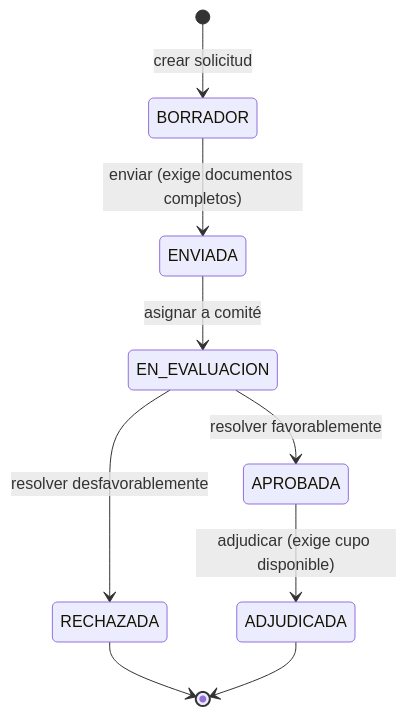
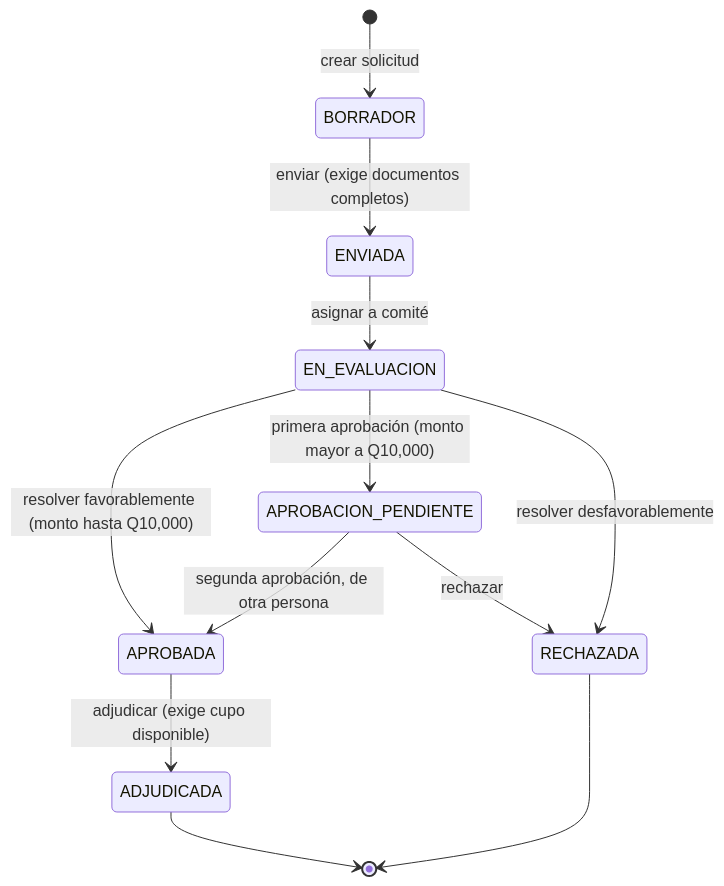
One commit to Isacasvas123/proyecto-becas changed the third of 5 diagrams in docs/diagramas/03-clases-dominio.md. Above: the diagram before and after it, drawn with Mermaid. The commit also changed other lines of this file and 6 other files, not shown here.

Commit message:
docs: actualizar el diagrama de clases con avisos, bitacora, recuperacion y segunda aprobacion

````diff
--- a/docs/diagramas/03-clases-dominio.md
+++ b/docs/diagramas/03-clases-dominio.md
@@ -221,11 +270,14 @@
 ```mermaid
 stateDiagram-v2
     [*] --> BORRADOR : crear solicitud
     BORRADOR --> ENVIADA : enviar (exige documentos completos)
     ENVIADA --> EN_EVALUACION : asignar a comité
-    EN_EVALUACION --> APROBADA : resolver favorablemente
+    EN_EVALUACION --> APROBADA : resolver favorablemente (monto hasta Q10,000)
+    EN_EVALUACION --> APROBACION_PENDIENTE : primera aprobación (monto mayor a Q10,000)
+    APROBACION_PENDIENTE --> APROBADA : segunda aprobación, de otra persona
+    APROBACION_PENDIENTE --> RECHAZADA : rechazar
     EN_EVALUACION --> RECHAZADA : resolver desfavorablemente
     APROBADA --> ADJUDICADA : adjudicar (exige cupo disponible)
     RECHAZADA --> [*]
     ADJUDICADA --> [*]
 ```
````
